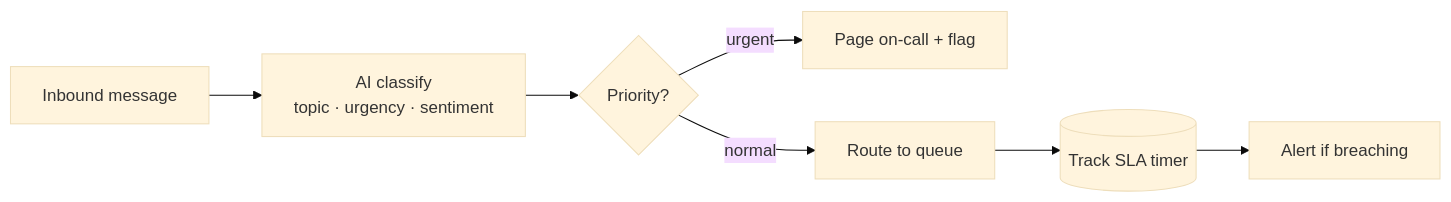
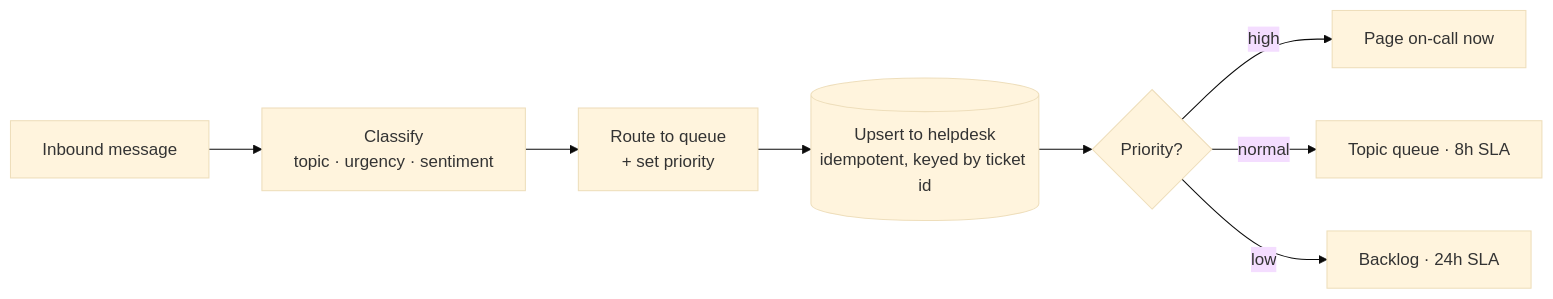
One commit to danieaneta/business-automation-playbook changed the diagram in 04-support-ticket-routing/README.md. Above: the diagram before and after it, drawn with Mermaid (base theme). The commit also changed other lines of this file and 69 other files, not shown here.

````diff
--- a/04-support-ticket-routing/README.md
+++ b/04-support-ticket-routing/README.md
@@ -15,9 +17,10 @@
 ```mermaid
 flowchart LR
-    A[Inbound message] --> B[AI classify<br/>topic · urgency · sentiment]
-    B --> C{Priority?}
-    C -->|urgent| D[Page on-call + flag]
-    C -->|normal| E[Route to queue]
-    E --> F[(Track SLA timer)]
-    F --> G[Alert if breaching]
+    A[Inbound message] --> B[Classify<br/>topic · urgency · sentiment]
+    B --> C[Route to queue<br/>+ set priority]
+    C --> D[(Upsert to helpdesk<br/>idempotent, keyed by ticket id)]
+    D --> E{Priority?}
+    E -->|high| F[Page on-call now]
+    E -->|normal| G[Topic queue · 8h SLA]
+    E -->|low| H[Backlog · 24h SLA]
 ```
````
